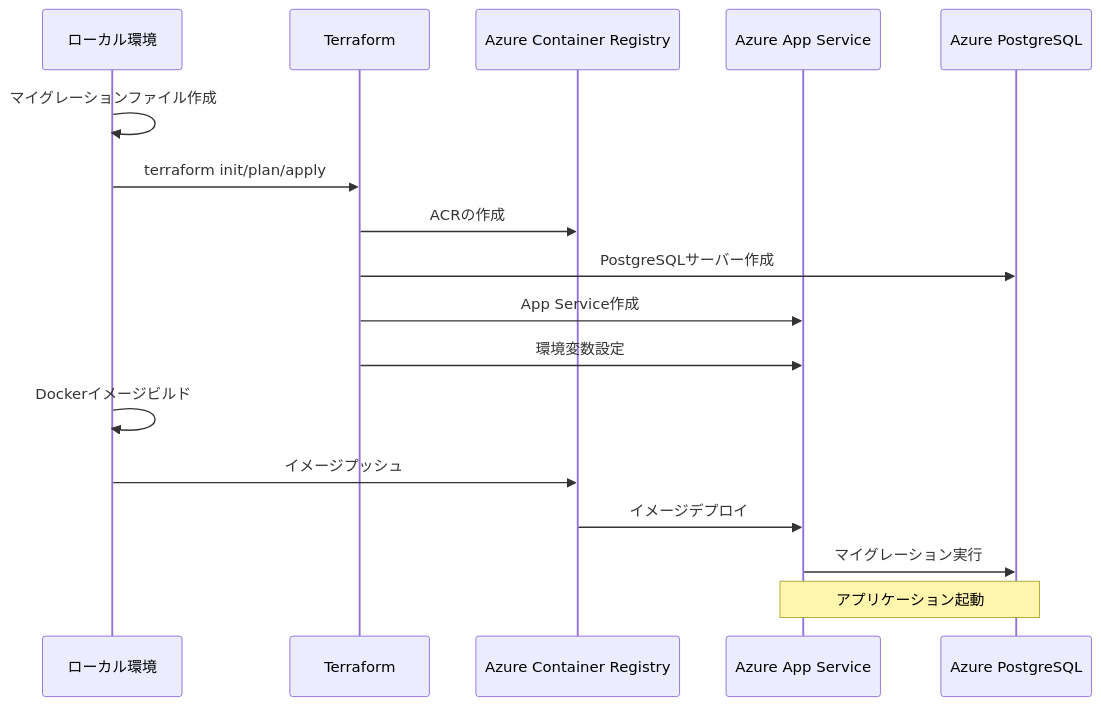
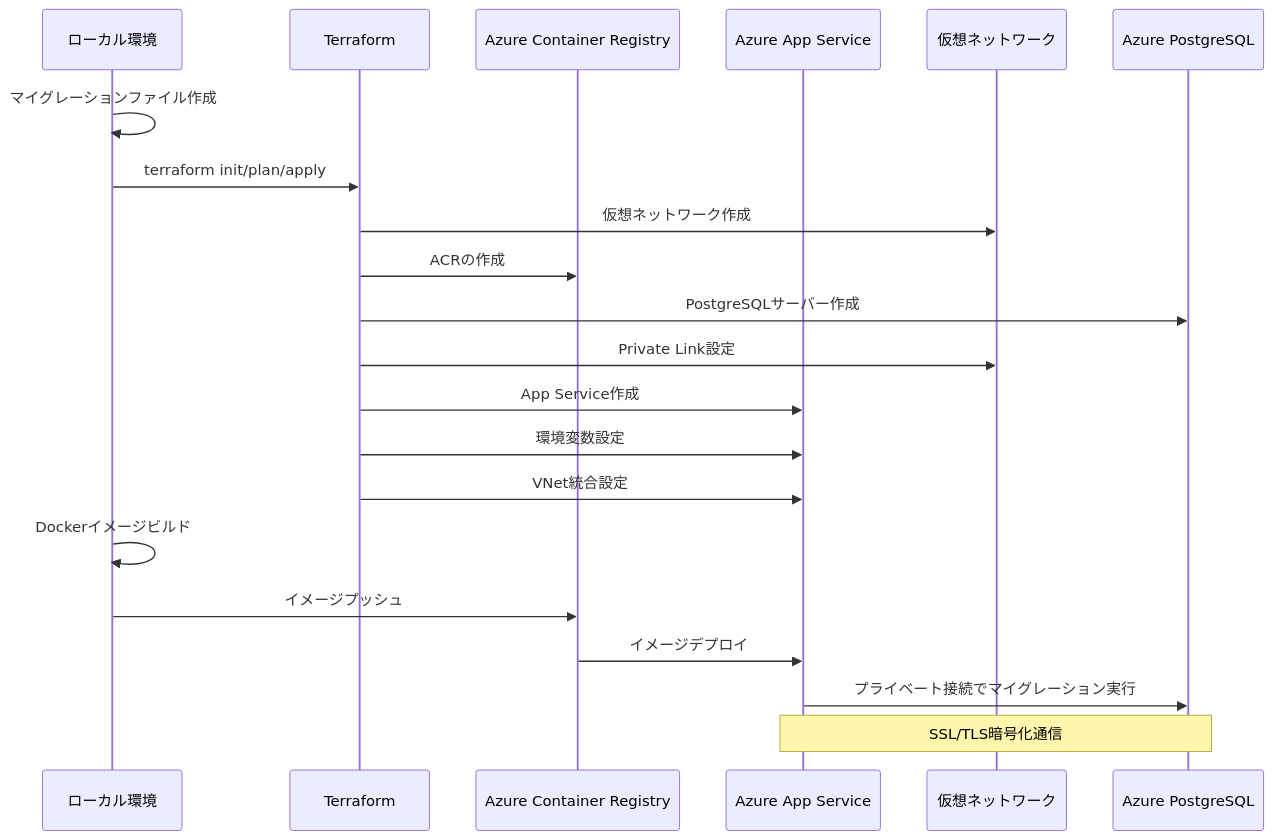
The second of 2 diagrams in docs/deploy_az.md (omcs-i-a/my-next-app), drawn with Mermaid before and after one commit. The commit also changed other lines of this file and 1 other file, not shown here.

````diff
--- a/docs/deploy_az.md
+++ b/docs/deploy_az.md
@@ -86,20 +98,24 @@
 ```mermaid
 sequenceDiagram
     participant L as ローカル環境
     participant T as Terraform
     participant ACR as Azure Container Registry
     participant AZ as Azure App Service
+    participant VNET as 仮想ネットワーク
     participant DB as Azure PostgreSQL
 
     L->>L: マイグレーションファイル作成
     L->>T: terraform init/plan/apply
+    T->>VNET: 仮想ネットワーク作成
     T->>ACR: ACRの作成
     T->>DB: PostgreSQLサーバー作成
+    T->>VNET: Private Link設定
     T->>AZ: App Service作成
     T->>AZ: 環境変数設定
+    T->>AZ: VNet統合設定
     L->>L: Dockerイメージビルド
     L->>ACR: イメージプッシュ
     ACR->>AZ: イメージデプロイ
-    AZ->>DB: マイグレーション実行
-    Note over AZ,DB: アプリケーション起動
+    AZ->>DB: プライベート接続でマイグレーション実行
+    Note over AZ,DB: SSL/TLS暗号化通信
 ```
````
